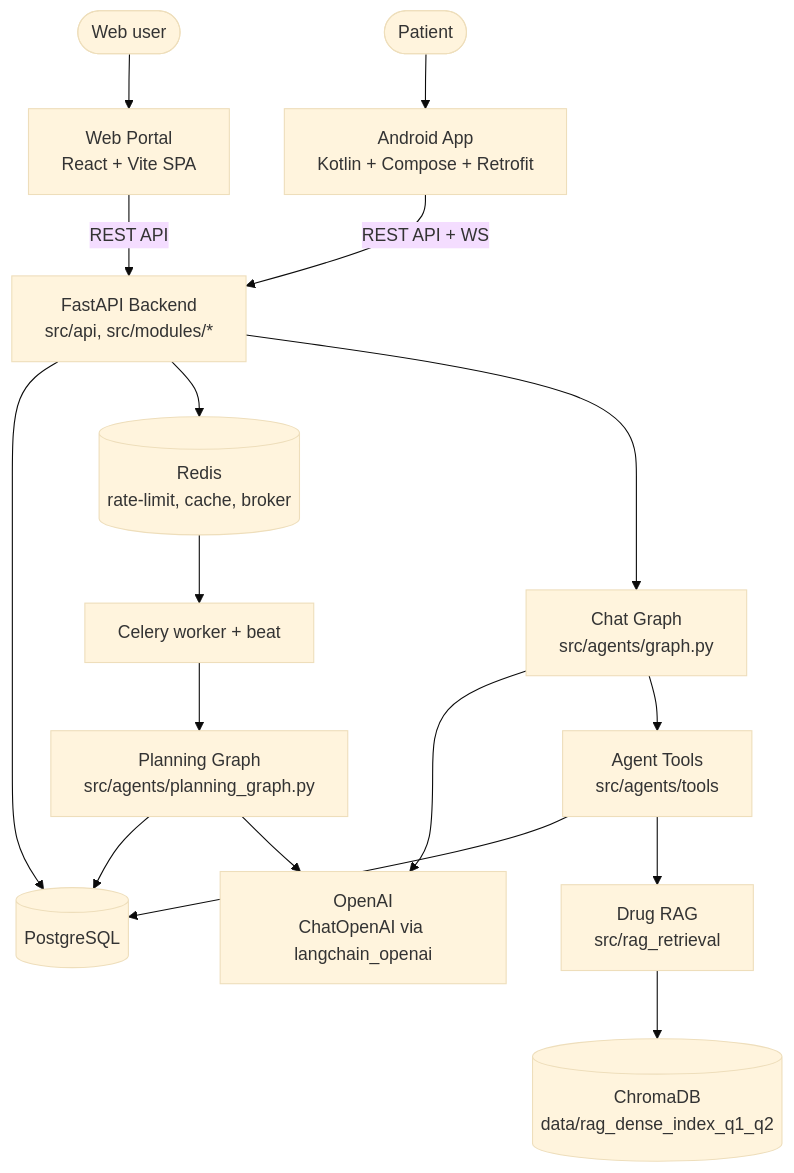
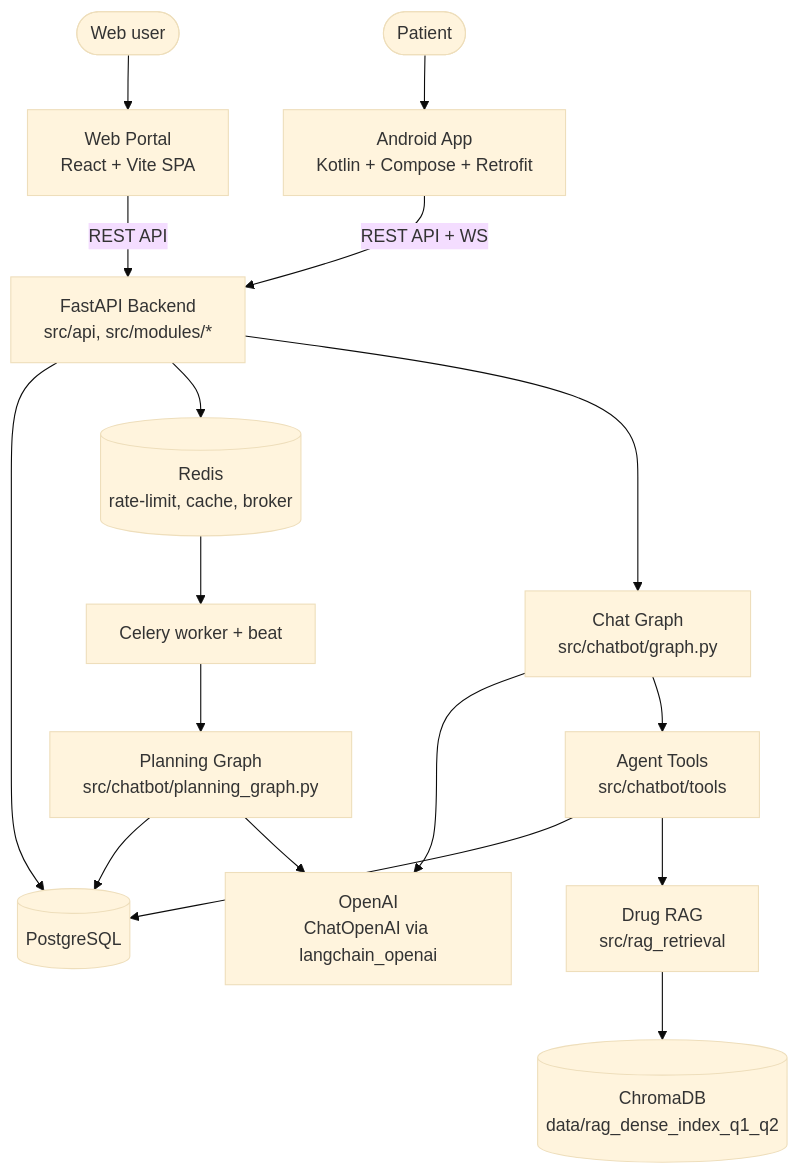
One commit to Quocker20/dosely-medication-adherence-agent changed the first of 3 diagrams in docs/architecture_diagram.md. Above: the diagram before and after it, drawn with Mermaid (base theme). The commit also changed other lines of this file and 192 other files, not shown here.

Commit message:
refactor(chatbot): rename src/agents to src/chatbot and fold planning clients into it

````diff
--- a/docs/architecture_diagram.md
+++ b/docs/architecture_diagram.md
@@ -10,23 +10,23 @@
 ```mermaid
 graph TB
     WebUser([Web user]) --> Web[Web Portal<br/>React + Vite SPA]
     AppUser([Patient]) --> App[Android App<br/>Kotlin + Compose + Retrofit]
 
     Web -->|REST API| API[FastAPI Backend<br/>src/api, src/modules/*]
     App -->|REST API + WS| API
 
     API --> DB[(PostgreSQL)]
     API --> Redis[(Redis<br/>rate-limit, cache, broker)]
-    API --> ChatGraph[Chat Graph<br/>src/agents/graph.py]
+    API --> ChatGraph[Chat Graph<br/>src/chatbot/graph.py]
 
     Redis --> Worker[Celery worker + beat]
-    Worker --> PlanGraph[Planning Graph<br/>src/agents/planning_graph.py]
+    Worker --> PlanGraph[Planning Graph<br/>src/chatbot/planning_graph.py]
     PlanGraph --> DB
 
     ChatGraph --> OpenAI[OpenAI<br/>ChatOpenAI via langchain_openai]
-    ChatGraph --> Tools[Agent Tools<br/>src/agents/tools]
+    ChatGraph --> Tools[Agent Tools<br/>src/chatbot/tools]
     Tools --> DB
     Tools --> RAG[Drug RAG<br/>src/rag_retrieval]
     RAG --> Chroma[(ChromaDB<br/>data/rag_dense_index_q1_q2)]
     PlanGraph --> OpenAI
 ```
````
